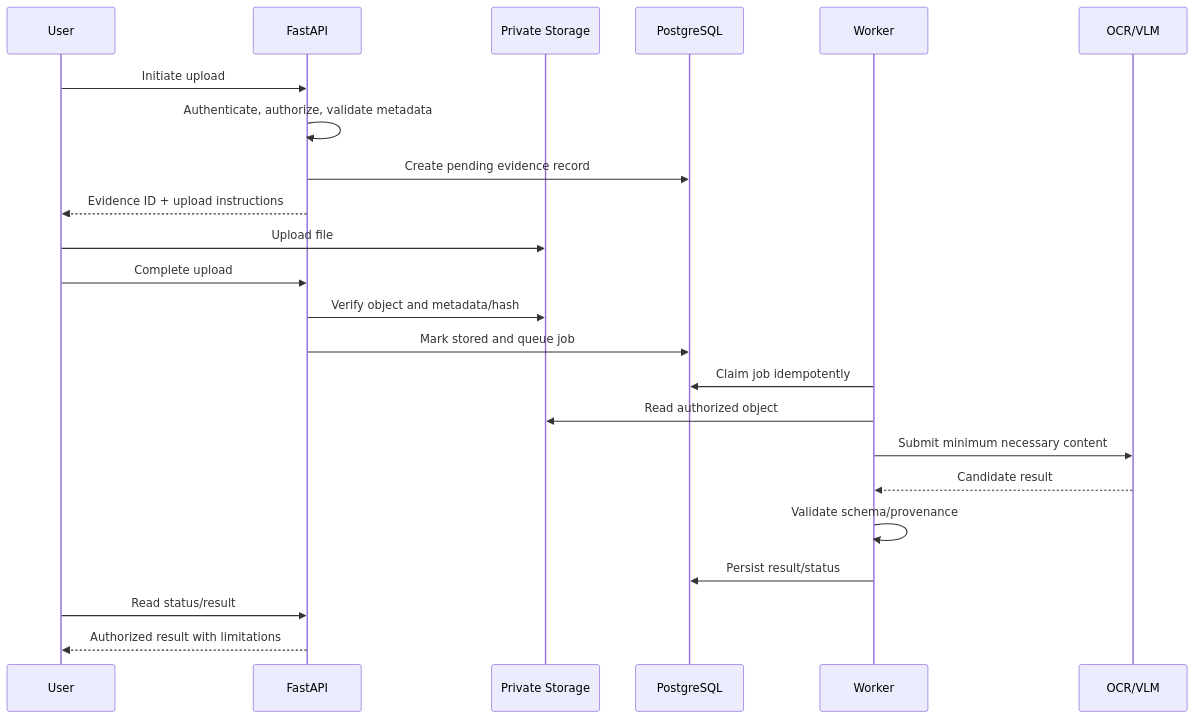
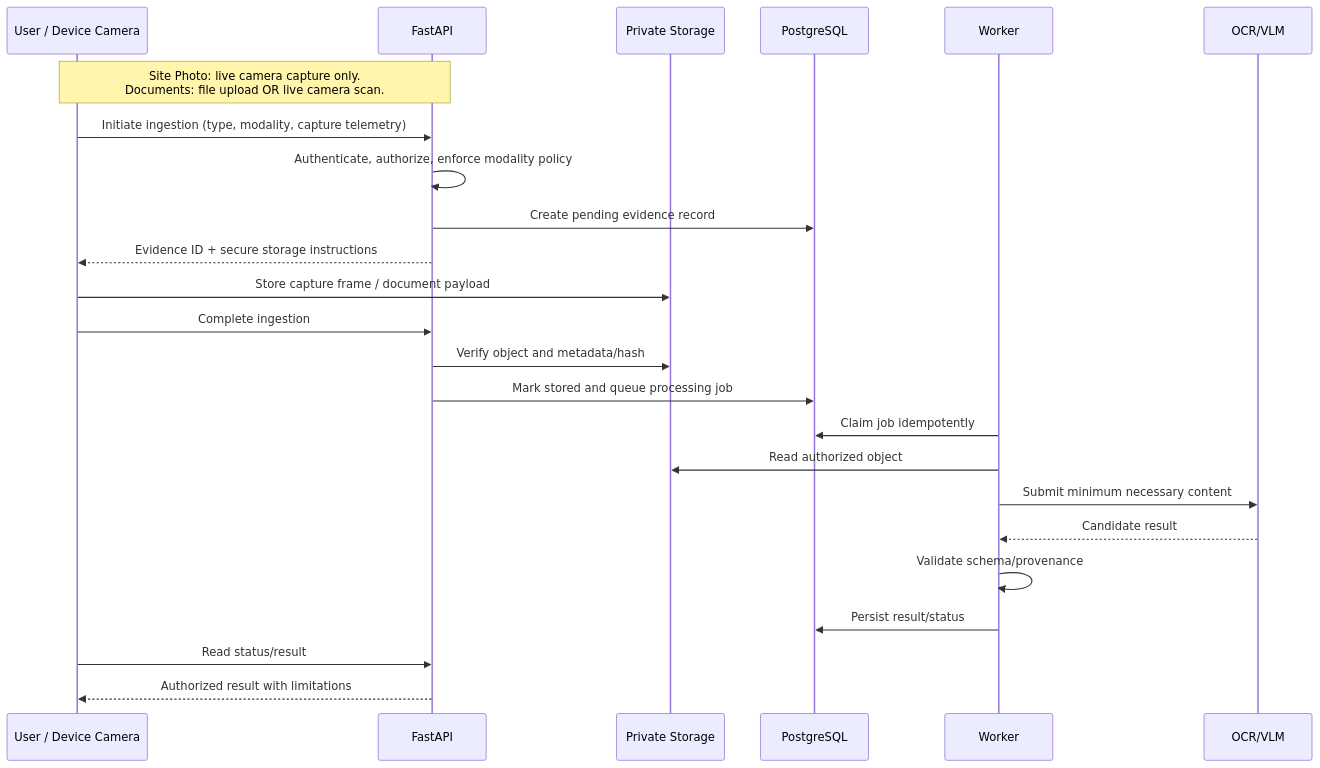
One commit to vinaybhadane/AuditForge changed the second of 2 diagrams in docs/02_SYSTEM_ARCHITECTURE.md. Above: the diagram before and after it, drawn with Mermaid. The commit also changed other lines of this file and 15 other files, not shown here.

Commit message:
docs: enforce live camera capture for site photos and dual options for vendor documents

````diff
--- a/docs/02_SYSTEM_ARCHITECTURE.md
+++ b/docs/02_SYSTEM_ARCHITECTURE.md
@@ -55,25 +55,26 @@
 ```mermaid
 sequenceDiagram
- participant U as User
+ participant U as User / Device Camera
  participant API as FastAPI
  participant S as Private Storage
  participant DB as PostgreSQL
  participant W as Worker
  participant P as OCR/VLM
- U->>API: Initiate upload
- API->>API: Authenticate, authorize, validate metadata
+ Note over U,API: Site Photo: live camera capture only.<br/>Documents: file upload OR live camera scan.
+ U->>API: Initiate ingestion (type, modality, capture telemetry)
+ API->>API: Authenticate, authorize, enforce modality policy
  API->>DB: Create pending evidence record
- API-->>U: Evidence ID + upload instructions
- U->>S: Upload file
- U->>API: Complete upload
+ API-->>U: Evidence ID + secure storage instructions
+ U->>S: Store capture frame / document payload
+ U->>API: Complete ingestion
  API->>S: Verify object and metadata/hash
- API->>DB: Mark stored and queue job
+ API->>DB: Mark stored and queue processing job
  W->>DB: Claim job idempotently
  W->>S: Read authorized object
  W->>P: Submit minimum necessary content
  P-->>W: Candidate result
  W->>W: Validate schema/provenance
  W->>DB: Persist result/status
  U->>API: Read status/result
  API-->>U: Authorized result with limitations
 ```
````
